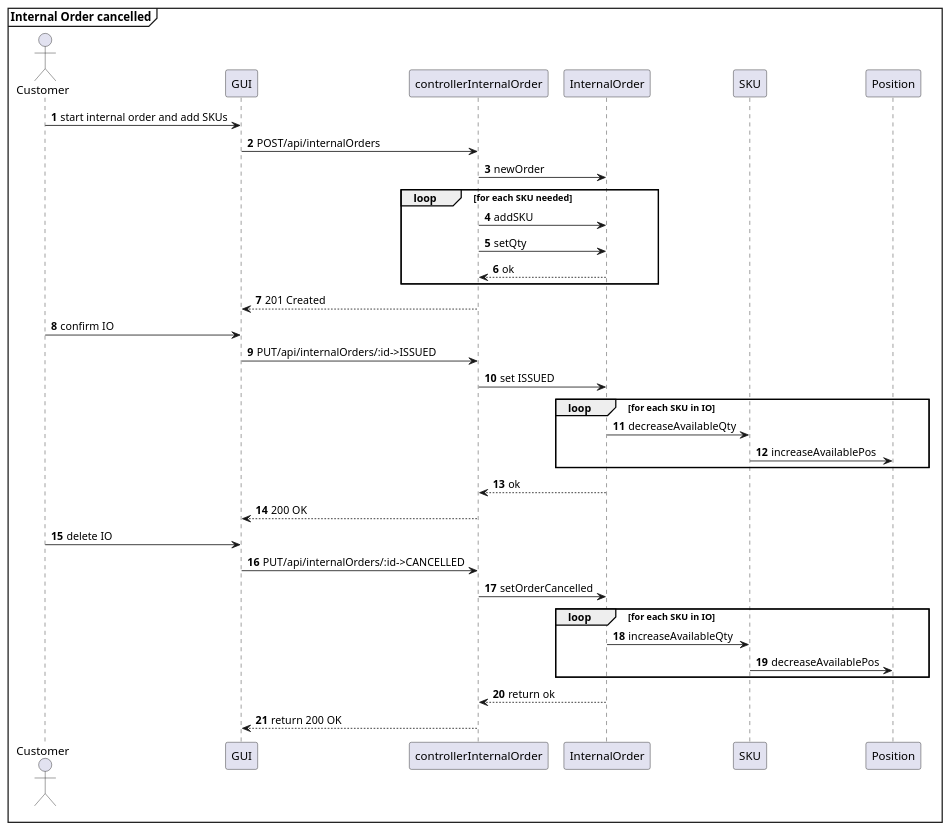
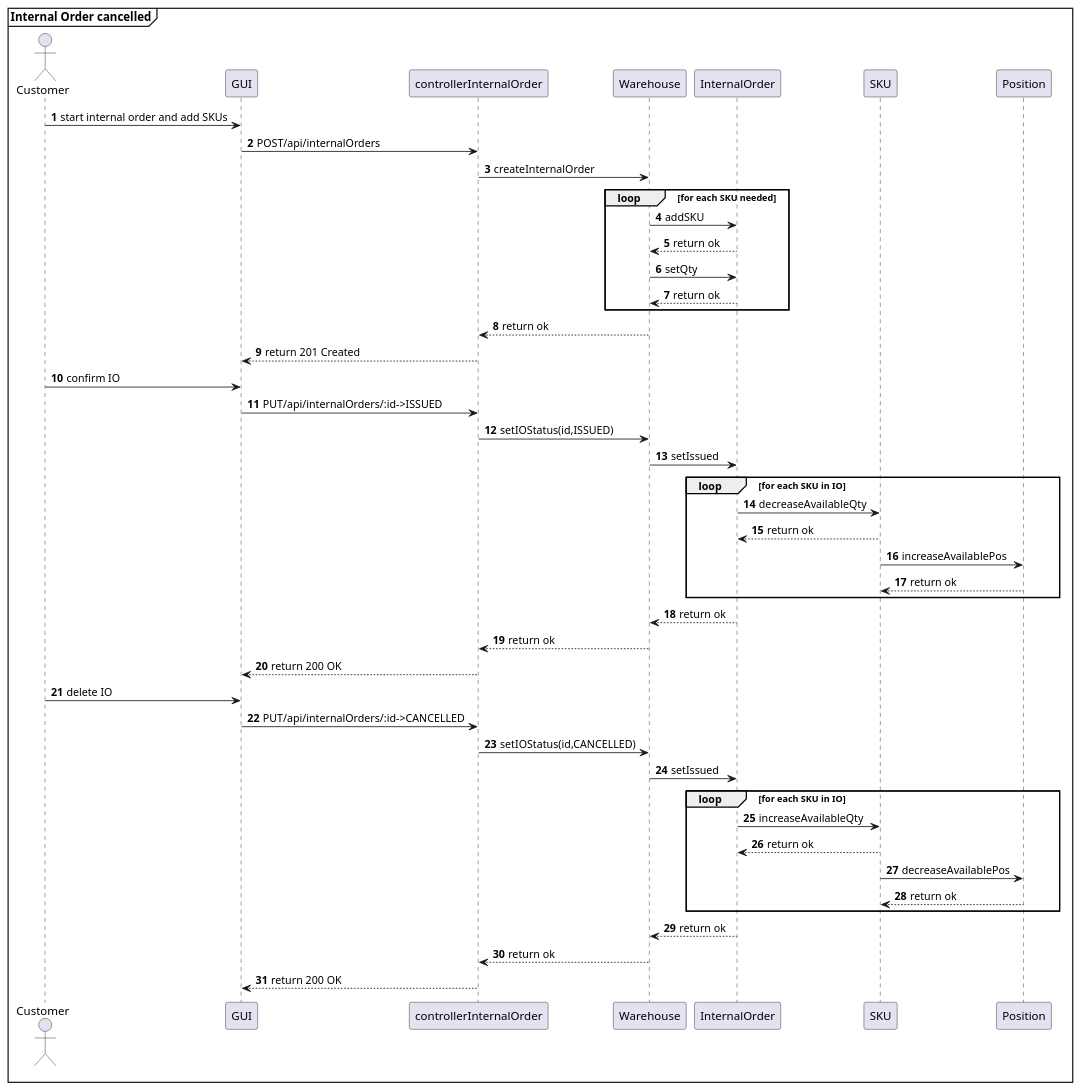
Before and after one commit to AlexZampa/EzWh: diagram 23 of 29 in DesignDocument.md, drawn with PlantUML. The commit also changed other lines of this file, not shown here.

````diff
--- a/DesignDocument.md
+++ b/DesignDocument.md
@@ -1103,41 +1151,52 @@
 ```plantuml
 @startuml
 mainframe **Internal Order cancelled**
 actor Customer
 participant GUI
 participant controllerInternalOrder
+participant Warehouse
 participant InternalOrder
 participant SKU
 
 autonumber
 Customer -> GUI : start internal order and add SKUs
 GUI -> controllerInternalOrder : POST/api/internalOrders
-controllerInternalOrder -> InternalOrder : newOrder
+controllerInternalOrder -> Warehouse : createInternalOrder
 loop for each SKU needed
-  controllerInternalOrder -> InternalOrder : addSKU
-  controllerInternalOrder -> InternalOrder : setQty
-  controllerInternalOrder <-- InternalOrder : ok
+  Warehouse -> InternalOrder : addSKU
+  Warehouse <-- InternalOrder : return ok
+  Warehouse -> InternalOrder : setQty
+  Warehouse <-- InternalOrder : return ok
 end loop
-GUI <-- controllerInternalOrder : 201 Created
+controllerInternalOrder <-- Warehouse : return ok
+GUI <-- controllerInternalOrder : return 201 Created
 
 Customer -> GUI : confirm IO
 GUI -> controllerInternalOrder : PUT/api/internalOrders/:id->ISSUED
-controllerInternalOrder -> InternalOrder : set ISSUED
+controllerInternalOrder -> Warehouse : setIOStatus(id,ISSUED)
+Warehouse -> InternalOrder : setIssued
 loop for each SKU in IO
   InternalOrder -> SKU : decreaseAvailableQty
+  InternalOrder <-- SKU : return ok
   SKU -> Position : increaseAvailablePos
+  SKU <-- Position : return ok
 end loop
-controllerInternalOrder <-- InternalOrder : ok
-GUI <-- controllerInternalOrder : 200 OK
+Warehouse <-- InternalOrder : return ok
+controllerInternalOrder <-- Warehouse : return ok
+GUI <-- controllerInternalOrder : return 200 OK
 
 Customer -> GUI : delete IO
 GUI -> controllerInternalOrder : PUT/api/internalOrders/:id->CANCELLED
-controllerInternalOrder -> InternalOrder : setOrderCancelled
+controllerInternalOrder -> Warehouse : setIOStatus(id,CANCELLED)
+Warehouse -> InternalOrder : setIssued
 loop for each SKU in IO
   InternalOrder -> SKU : increaseAvailableQty
+  InternalOrder <-- SKU : return ok
   SKU -> Position : decreaseAvailablePos
+  SKU <-- Position : return ok
 end loop
-controllerInternalOrder <-- InternalOrder : return ok
+Warehouse <-- InternalOrder : return ok
+controllerInternalOrder <-- Warehouse : return ok
 GUI <-- controllerInternalOrder : return 200 OK
 @enduml
 ```
````
